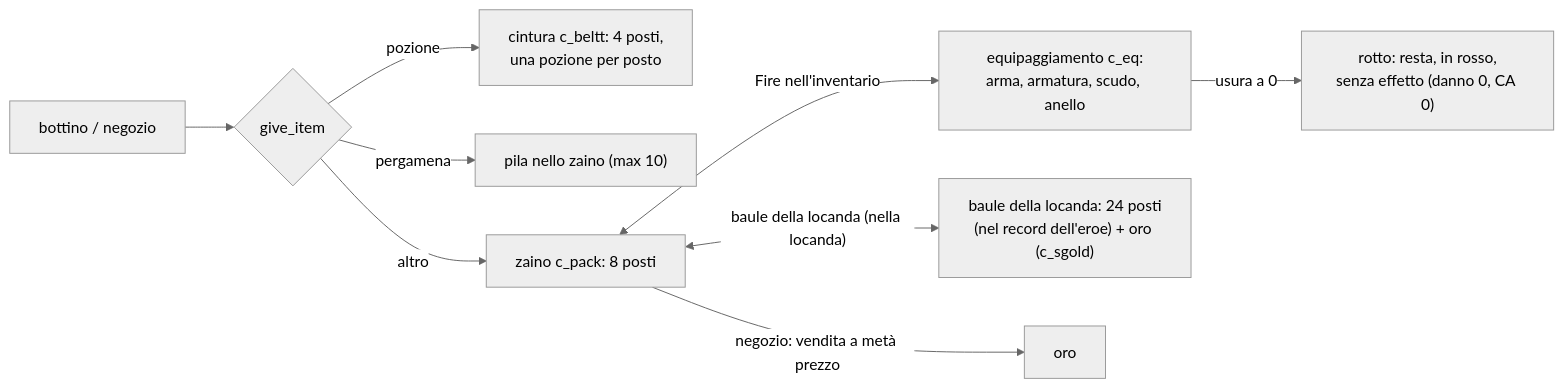
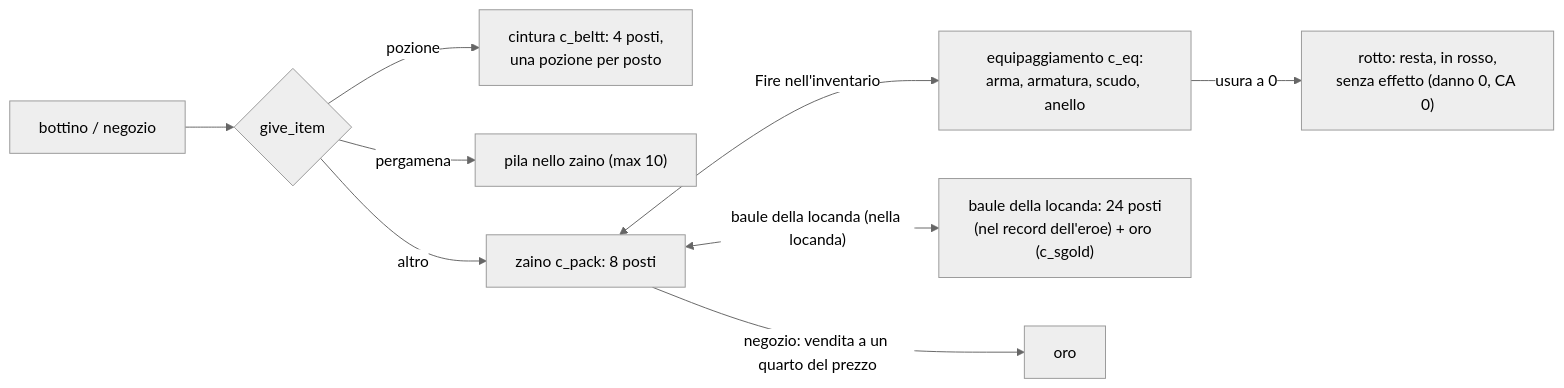
The second of 2 diagrams in docs/wiki/oggetti.md (caporalesimone/barbarian-the-blood-path), drawn with Mermaid (neutral theme) before and after one commit. The commit also changed other lines of this file and 12 other files, not shown here.

First line of the commit message:
Negozi: vendita a un quarto del prezzo (E1)

````diff
--- a/docs/wiki/oggetti.md
+++ b/docs/wiki/oggetti.md
@@ -147,11 +147,11 @@
 ```mermaid
 flowchart LR
     B["bottino / negozio"] --> GI{"give_item"}
     GI -->|pozione| BE["cintura c_beltt: 4 posti,<br/>una pozione per posto"]
     GI -->|pergamena| SC["pila nello zaino (max 10)"]
     GI -->|altro| PK["zaino c_pack: 8 posti"]
     PK <-->|Fire nell'inventario| EQ["equipaggiamento c_eq:<br/>arma, armatura, scudo, anello"]
     PK <-->|"baule della locanda (nella locanda)"| ST["baule della locanda: 24 posti<br/>(nel record dell'eroe) + oro (c_sgold)"]
-    PK -->|negozio: vendita a metà prezzo| G["oro"]
+    PK -->|negozio: vendita a un quarto del prezzo| G["oro"]
     EQ -->|"usura a 0"| X["rotto: resta, in rosso,<br/>senza effetto (danno 0, CA 0)"]
 ```
````
